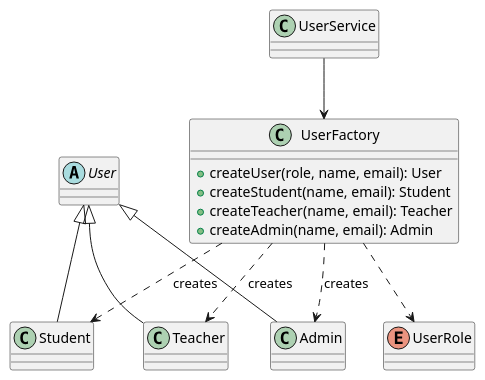
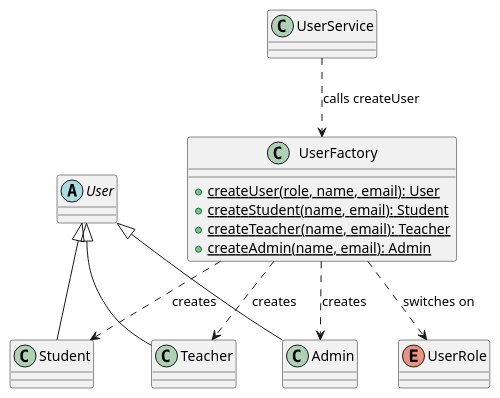
Before and after one commit to vuus1d/SDP_Final_Online-Education-Platform: the diagram in docs/uml/factory-class.puml, drawn with PlantUML. The commit also changed 44 other files, not shown here.

```diff
--- a/docs/uml/factory-class.puml
+++ b/docs/uml/factory-class.puml
@@ -1,22 +1,22 @@
 @startuml
 abstract class User
 class Student
 class Teacher
 class Admin
 enum UserRole
 class UserFactory {
- +createUser(role, name, email): User
- +createStudent(name, email): Student
- +createTeacher(name, email): Teacher
- +createAdmin(name, email): Admin
+ {static} +createUser(role, name, email): User
+ {static} +createStudent(name, email): Student
+ {static} +createTeacher(name, email): Teacher
+ {static} +createAdmin(name, email): Admin
 }
 class UserService
 User <|-- Student
 User <|-- Teacher
 User <|-- Admin
-UserFactory ..> UserRole
+UserFactory ..> UserRole : switches on
 UserFactory ..> Student : creates
 UserFactory ..> Teacher : creates
 UserFactory ..> Admin : creates
-UserService --> UserFactory
+UserService ..> UserFactory : calls createUser
 @enduml
```
